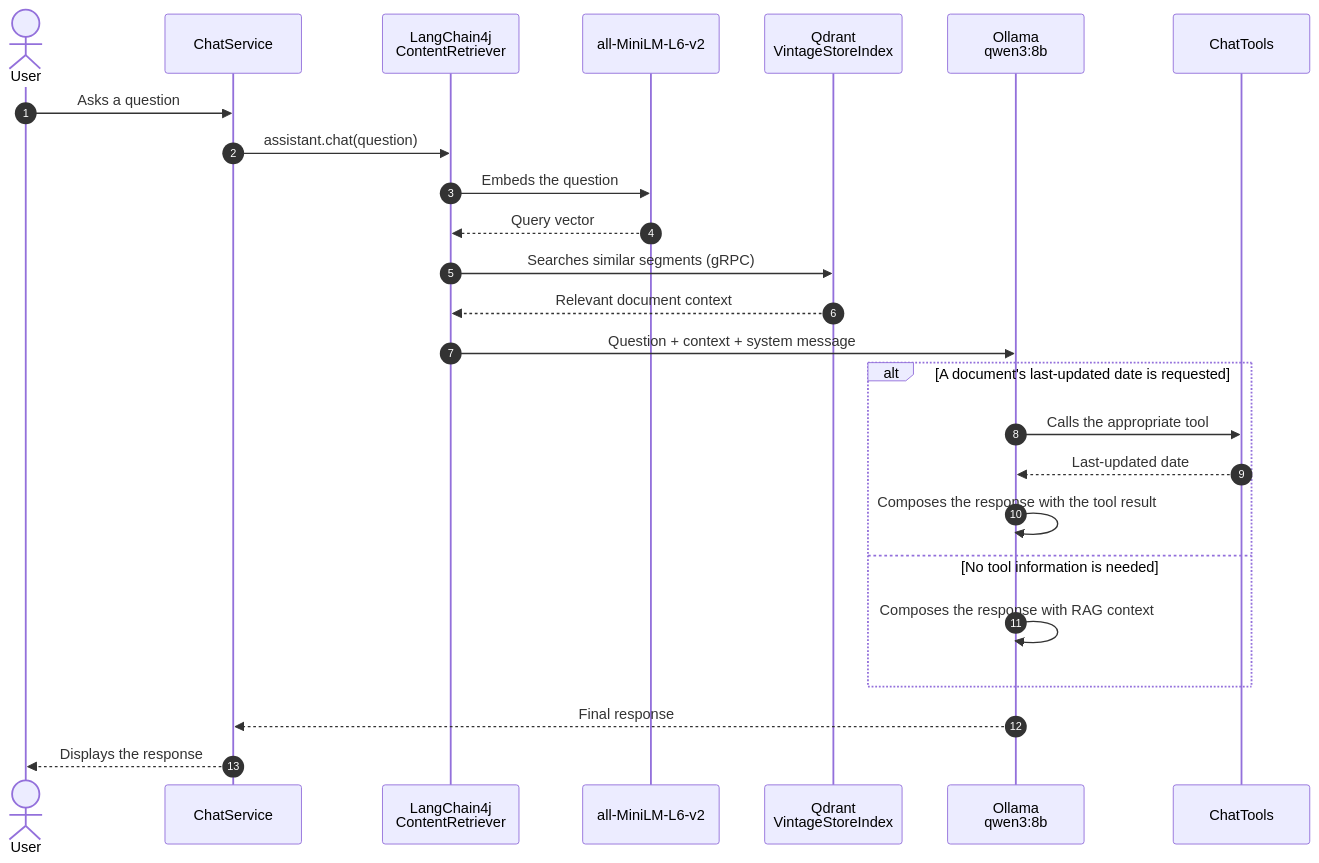
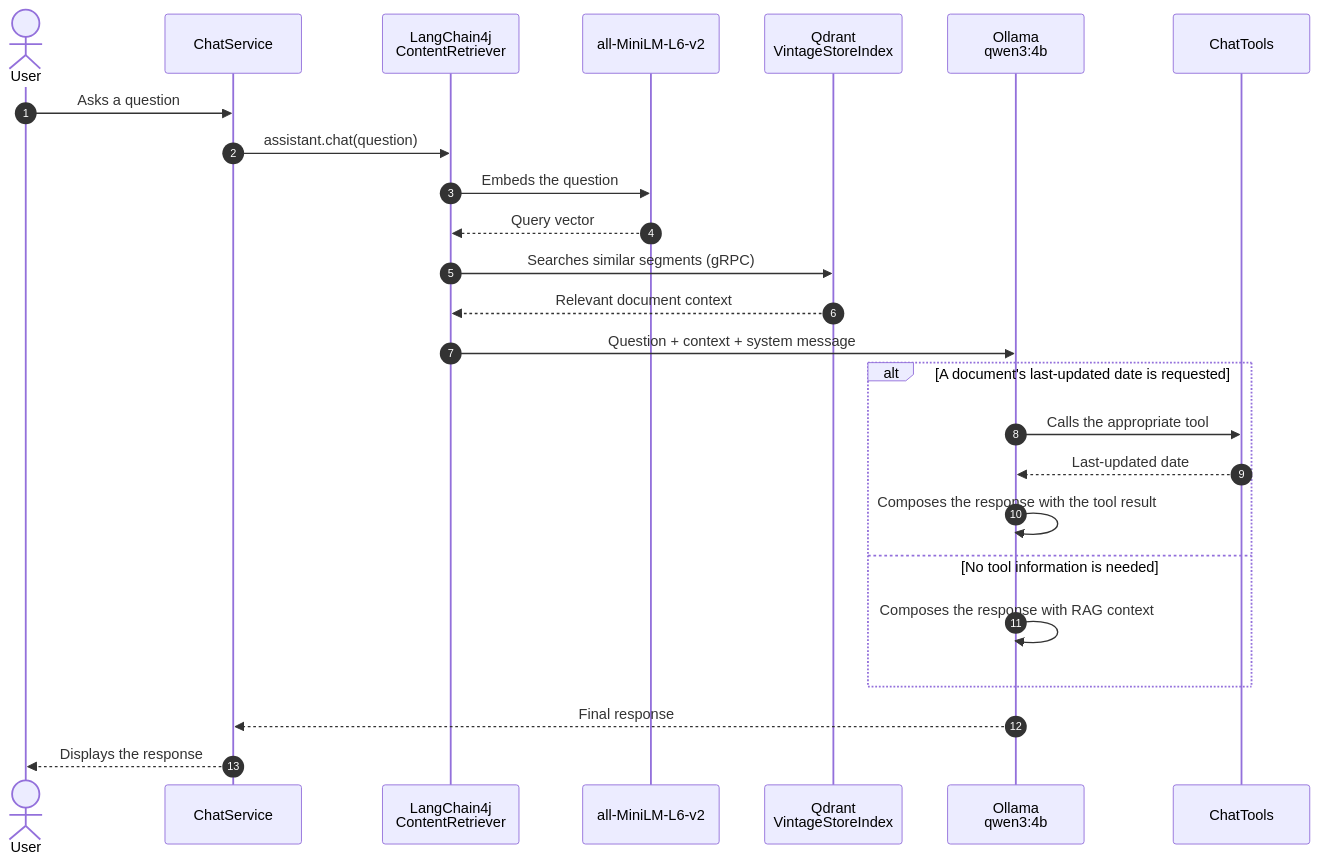
Before and after one commit to KhalefAhmed/retroguide: the diagram in README.md, drawn with Mermaid. The commit also changed other lines of this file and 5 other files, not shown here.

Commit message:
feat: update Ollama model version to qwen3:4b; add max tokens and timeout configuration; update README with new parameters

````diff
--- a/README.md
+++ b/README.md
@@ -139,29 +141,29 @@
 ```mermaid
 sequenceDiagram
     autonumber
     actor User
     participant Chat as ChatService
     participant RAG as LangChain4j<br/>ContentRetriever
     participant Embed as all-MiniLM-L6-v2
     participant Qdrant as Qdrant<br/>VintageStoreIndex
-    participant LLM as Ollama<br/>qwen3:8b
+    participant LLM as Ollama<br/>qwen3:4b
     participant Tool as ChatTools
 
     User->>Chat: Asks a question
     Chat->>RAG: assistant.chat(question)
     RAG->>Embed: Embeds the question
     Embed-->>RAG: Query vector
     RAG->>Qdrant: Searches similar segments (gRPC)
     Qdrant-->>RAG: Relevant document context
     RAG->>LLM: Question + context + system message
 
     alt A document's last-updated date is requested
         LLM->>Tool: Calls the appropriate tool
         Tool-->>LLM: Last-updated date
         LLM->>LLM: Composes the response with the tool result
     else No tool information is needed
         LLM->>LLM: Composes the response with RAG context
     end
     LLM-->>Chat: Final response
     Chat-->>User: Displays the response
 ```
````
